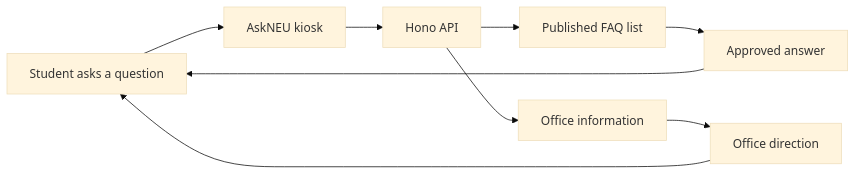
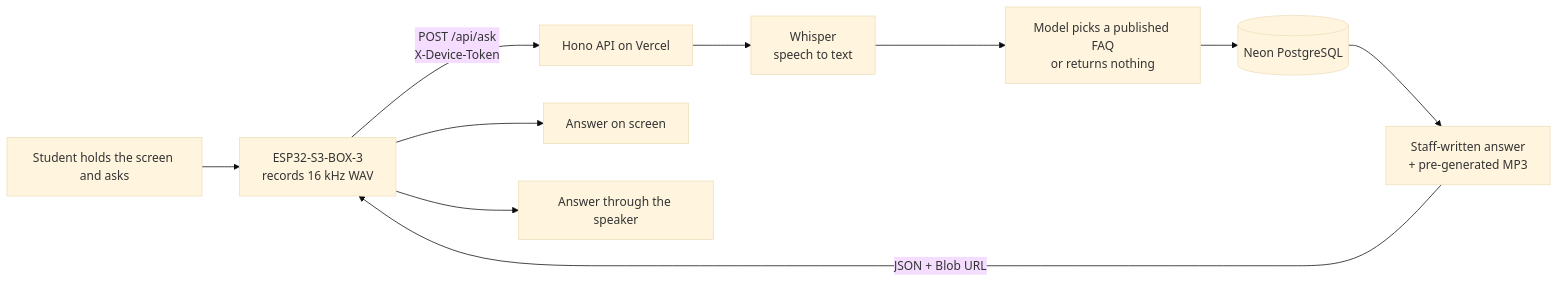
One commit to EmeterioF/askNEU changed the diagram in README.md. Above: the diagram before and after it, drawn with Mermaid (base theme). The commit also changed other lines of this file and 2 other files, not shown here.

Commit message:
Update README for deployed kiosk and drop build output from git

````diff
--- a/README.md
+++ b/README.md
@@ -18,11 +15,12 @@
 ```mermaid
 flowchart LR
-    Student["Student asks a question"] --> Kiosk["AskNEU kiosk"]
-    Kiosk --> API["Hono API"]
-    API --> FAQ["Published FAQ list"]
-    API --> Office["Office information"]
-    FAQ --> Answer["Approved answer"]
-    Office --> Direction["Office direction"]
-    Answer --> Student
-    Direction --> Student
+    Student["Student holds the screen and asks"] --> ESP32["ESP32-S3-BOX-3<br/>records 16 kHz WAV"]
+    ESP32 -->|"POST /api/ask<br/>X-Device-Token"| API["Hono API on Vercel"]
+    API --> STT["Whisper<br/>speech to text"]
+    STT --> Pick["Model picks a published FAQ<br/>or returns nothing"]
+    Pick --> DB[("Neon PostgreSQL")]
+    DB --> Answer["Staff-written answer<br/>+ pre-generated MP3"]
+    Answer -->|"JSON + Blob URL"| ESP32
+    ESP32 --> Screen["Answer on screen"]
+    ESP32 --> Speaker["Answer through the speaker"]
 ```
````
